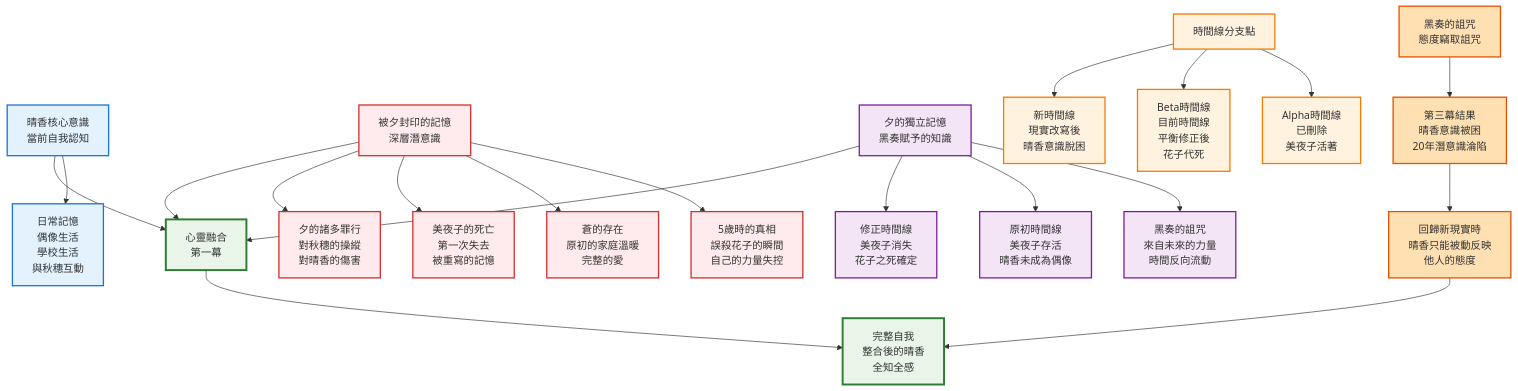
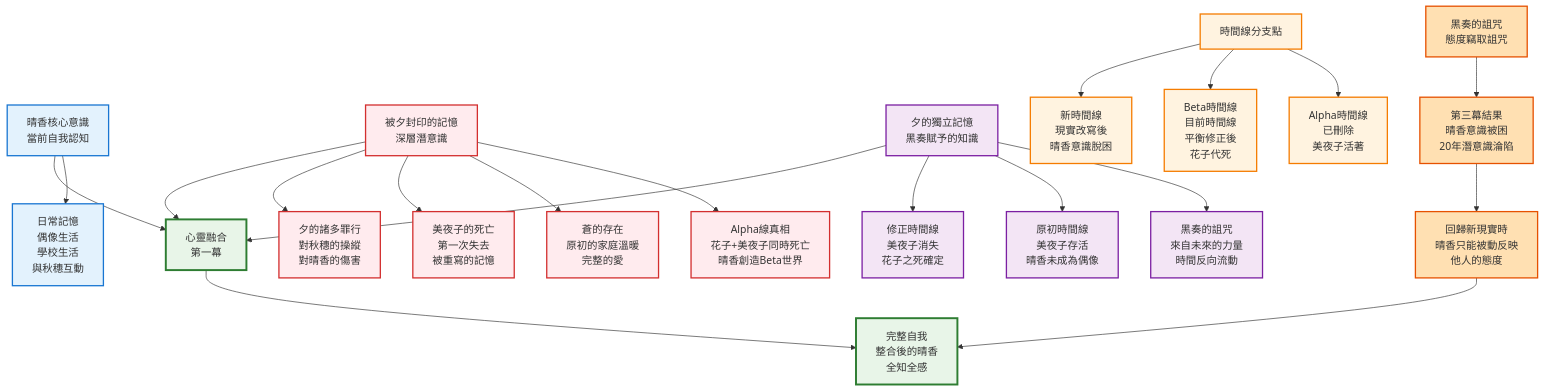
The seventh of 13 diagrams in 圖表.md (gsm041039/ProjectHarukaDocument), drawn with Mermaid before and after one commit. The commit also changed other lines of this file and 12 other files, not shown here.

````diff
--- a/圖表.md
+++ b/圖表.md
@@ -344,47 +344,47 @@
 ```mermaid
 graph TD
     %% 核心意識
     A["晴香核心意識<br/>當前自我認知"] --> A1["日常記憶<br/>偶像生活<br/>學校生活<br/>與秋穗互動"]
 
     %% 封印記憶
-    B["被夕封印的記憶<br/>深層潛意識"] --> B1["5歲時的真相<br/>誤殺花子的瞬間<br/>自己的力量失控"]
+    B["被夕封印的記憶<br/>深層潛意識"] --> B1["Alpha線真相<br/>花子+美夜子同時死亡<br/>晴香創造Beta世界"]
     B --> B2["蒼的存在<br/>原初的家庭溫暖<br/>完整的愛"]
     B --> B3["美夜子的死亡<br/>第一次失去<br/>被重寫的記憶"]
     B --> B4["夕的諸多罪行<br/>對秋穗的操縱<br/>對晴香的傷害"]
 
     %% 夕的記憶容器
     C["夕的獨立記憶<br/>黑奏賦予的知識"] --> C1["黑奏的詛咒<br/>來自未來的力量<br/>時間反向流動"]
     C --> C2["原初時間線<br/>美夜子存活<br/>晴香未成為偶像"]
     C --> C3["修正時間線<br/>美夜子消失<br/>花子之死確定"]
 
     %% 時間線分支
     D["時間線分支點"] --> D1["Alpha時間線<br/>已刪除<br/>美夜子活著"]
     D --> D2["Beta時間線<br/>目前時間線<br/>平衡修正後<br/>花子代死"]
     D --> D3["新時間線<br/>現實改寫後<br/>晴香意識脫困"]
 
     %% 整合過程
     A --> E["心靈融合<br/>第一幕"]
     B --> E
     C --> E
     E --> F["完整自我<br/>整合後的晴香<br/>全知全感"]
 
     %% 黑奏詛咒
     G["黑奏的詛咒<br/>態度竊取詛咒"] --> G1["第三幕結果<br/>晴香意識被困<br/>20年潛意識淪陷"]
     G1 --> G2["回歸新現實時<br/>晴香只能被動反映<br/>他人的態度"]
     G2 --> F
 
     %% 樣式定義
     classDef conscious fill:#e3f2fd,stroke:#1976d2,stroke-width:2px
     classDef sealed fill:#ffebee,stroke:#d32f2f,stroke-width:2px
     classDef shadow fill:#f3e5f5,stroke:#7b1fa2,stroke-width:2px
     classDef timeline fill:#fff3e0,stroke:#f57c00,stroke-width:2px
     classDef curse fill:#ffe0b2,stroke:#e65100,stroke-width:2px
     classDef integration fill:#e8f5e8,stroke:#2e7d32,stroke-width:3px
 
     class A,A1 conscious
     class B,B1,B2,B3,B4 sealed
     class C,C1,C2,C3 shadow
     class D,D1,D2,D3 timeline
     class G,G1,G2 curse
     class E,F integration
 ```
````
